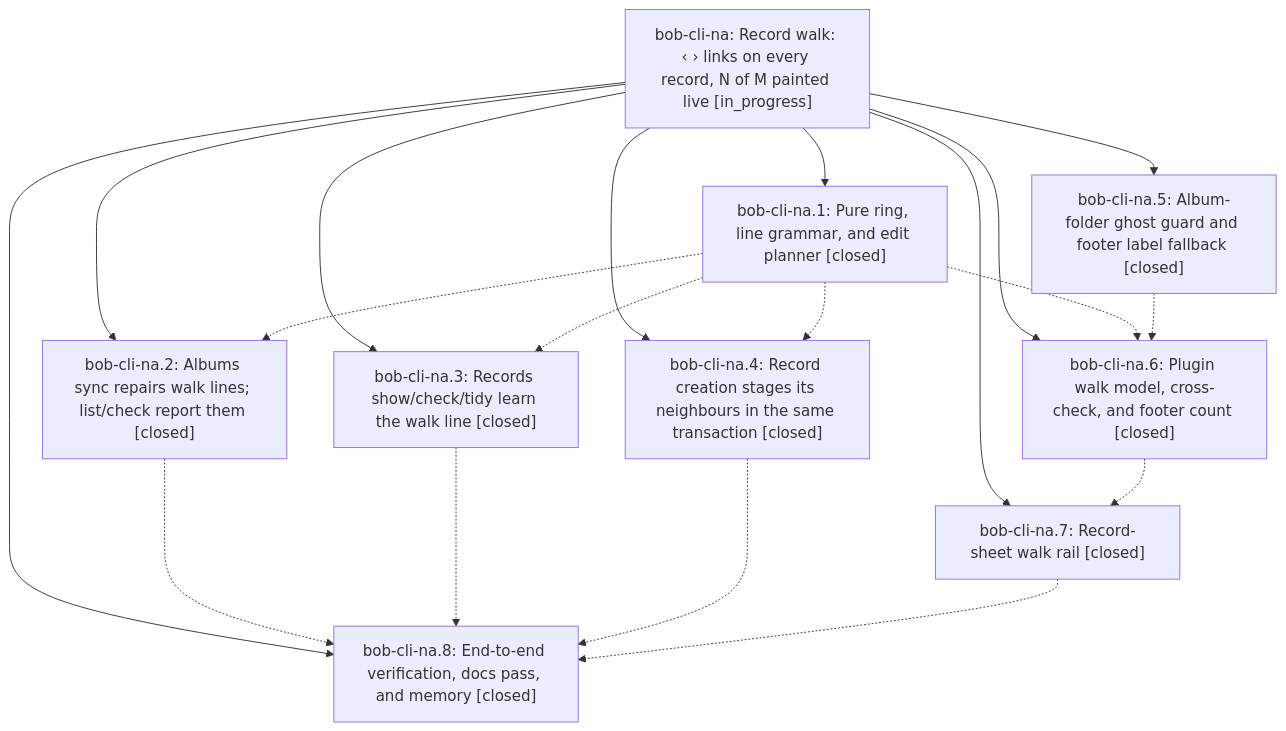
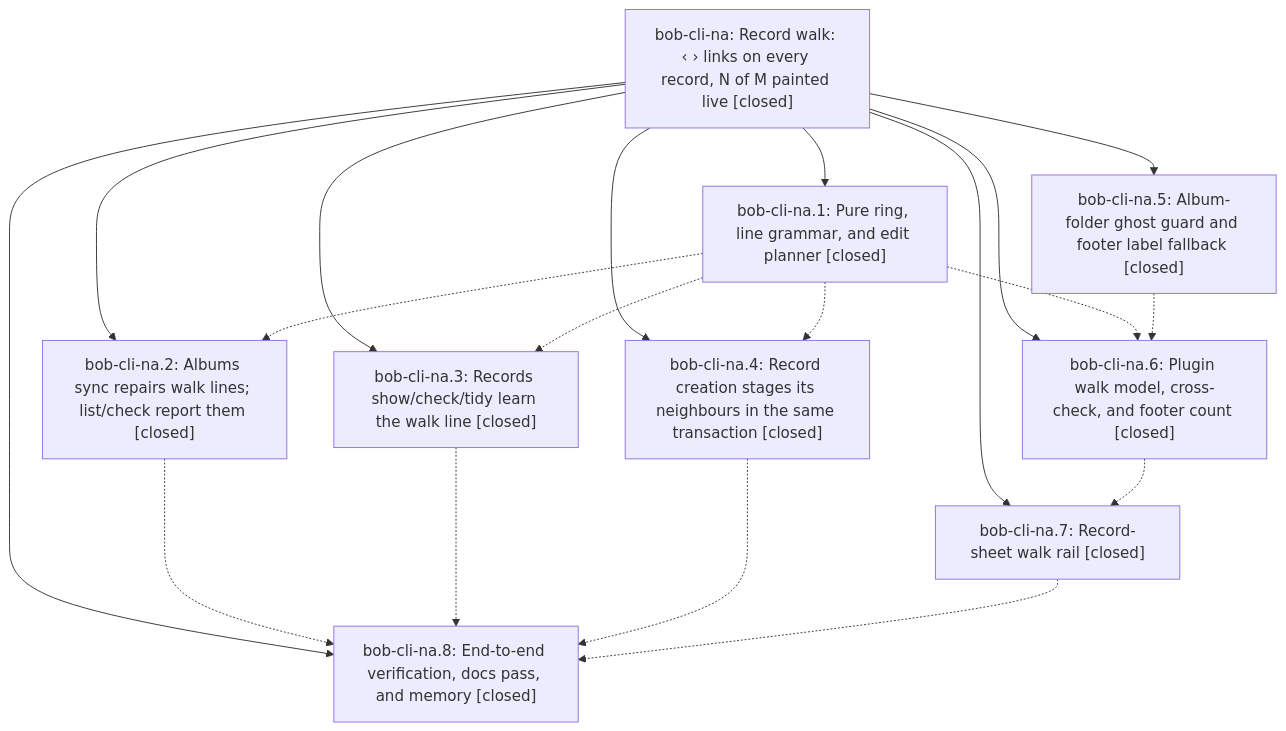
The diagram in pages/bob-cli-na/README.md (bobs-org/bob-cli--beads), drawn with Mermaid before and after one commit. The commit also changed other lines of this file and 8 other files, not shown here.

First line of the commit message:
chore(beads): sync bead state and pages for bob-cli-na

````diff
--- a/pages/bob-cli-na/README.md
+++ b/pages/bob-cli-na/README.md
@@ -47,30 +51,30 @@
 ```mermaid
 flowchart TD
-    n0["bob-cli-na: Record walk: ‹ › links on every record, N of M painted live [in_progress]"]
+    n0["bob-cli-na: Record walk: ‹ › links on every record, N of M painted live [closed]"]
     n1["bob-cli-na.1: Pure ring, line grammar, and edit planner [closed]"]
     n2["bob-cli-na.2: Albums sync repairs walk lines; list/check report them [closed]"]
     n3["bob-cli-na.3: Records show/check/tidy learn the walk line [closed]"]
     n4["bob-cli-na.4: Record creation stages its neighbours in the same transaction [closed]"]
     n5["bob-cli-na.5: Album-folder ghost guard and footer label fallback [closed]"]
     n6["bob-cli-na.6: Plugin walk model, cross-check, and footer count [closed]"]
     n7["bob-cli-na.7: Record-sheet walk rail [closed]"]
     n8["bob-cli-na.8: End-to-end verification, docs pass, and memory [closed]"]
     n0 --> n1
     n0 --> n2
     n0 --> n3
     n0 --> n4
     n0 --> n5
     n0 --> n6
     n0 --> n7
     n0 --> n8
     n1 -.-> n2
     n1 -.-> n3
     n1 -.-> n4
     n1 -.-> n6
     n2 -.-> n8
     n3 -.-> n8
     n4 -.-> n8
     n5 -.-> n6
     n6 -.-> n7
     n7 -.-> n8
 ```
````
